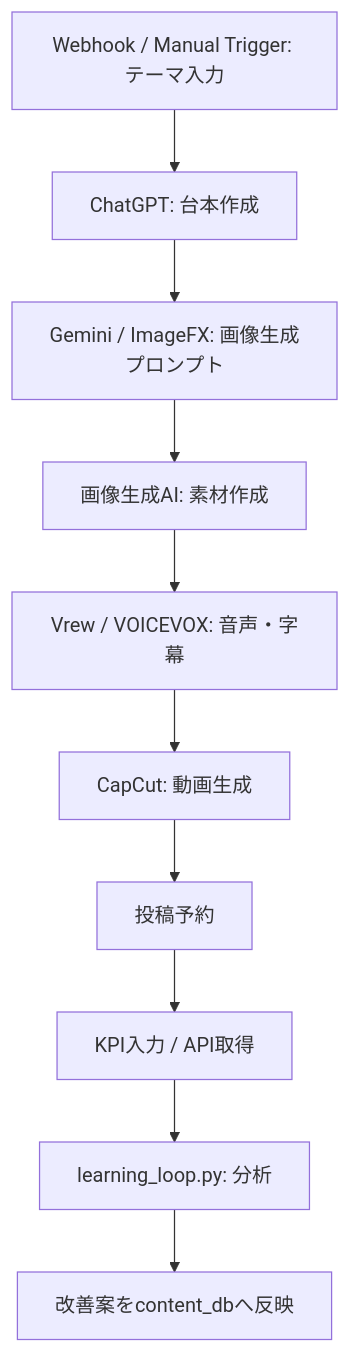
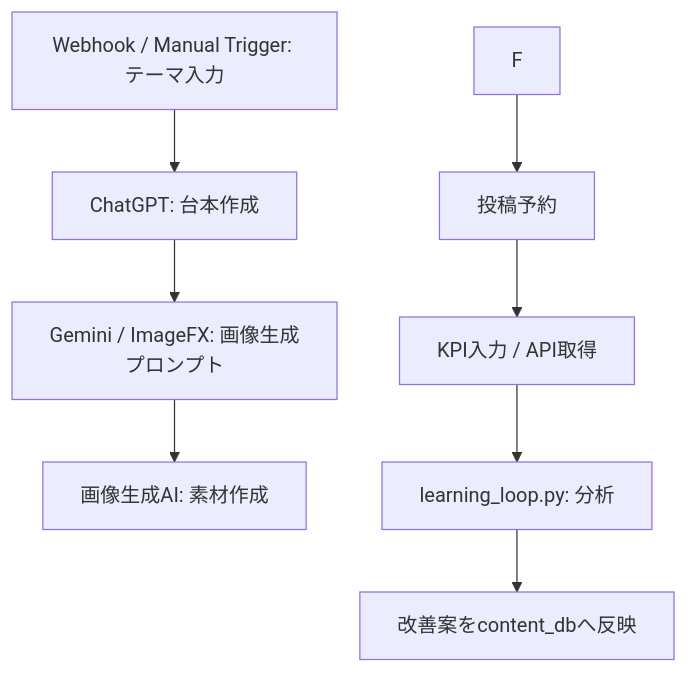
The diagram in SNS-OS/theme_to_post_flow.md (AnRyG3/ANRYCOMPANY_v2), drawn with Mermaid before and after one commit. The commit also changed 231 other files, not shown here.

````diff
--- a/SNS-OS/theme_to_post_flow.md
+++ b/SNS-OS/theme_to_post_flow.md
@@ -35,12 +35,10 @@
 ```mermaid
 flowchart TD
     A["Webhook / Manual Trigger: テーマ入力"] --> B["ChatGPT: 台本作成"]
     B --> C["Gemini / ImageFX: 画像生成プロンプト"]
     C --> D["画像生成AI: 素材作成"]
-    D --> E["Vrew / VOICEVOX: 音声・字幕"]
-    E --> F["CapCut: 動画生成"]
     F --> G["投稿予約"]
     G --> H["KPI入力 / API取得"]
     H --> I["learning_loop.py: 分析"]
     I --> J["改善案をcontent_dbへ反映"]
 ```
````
